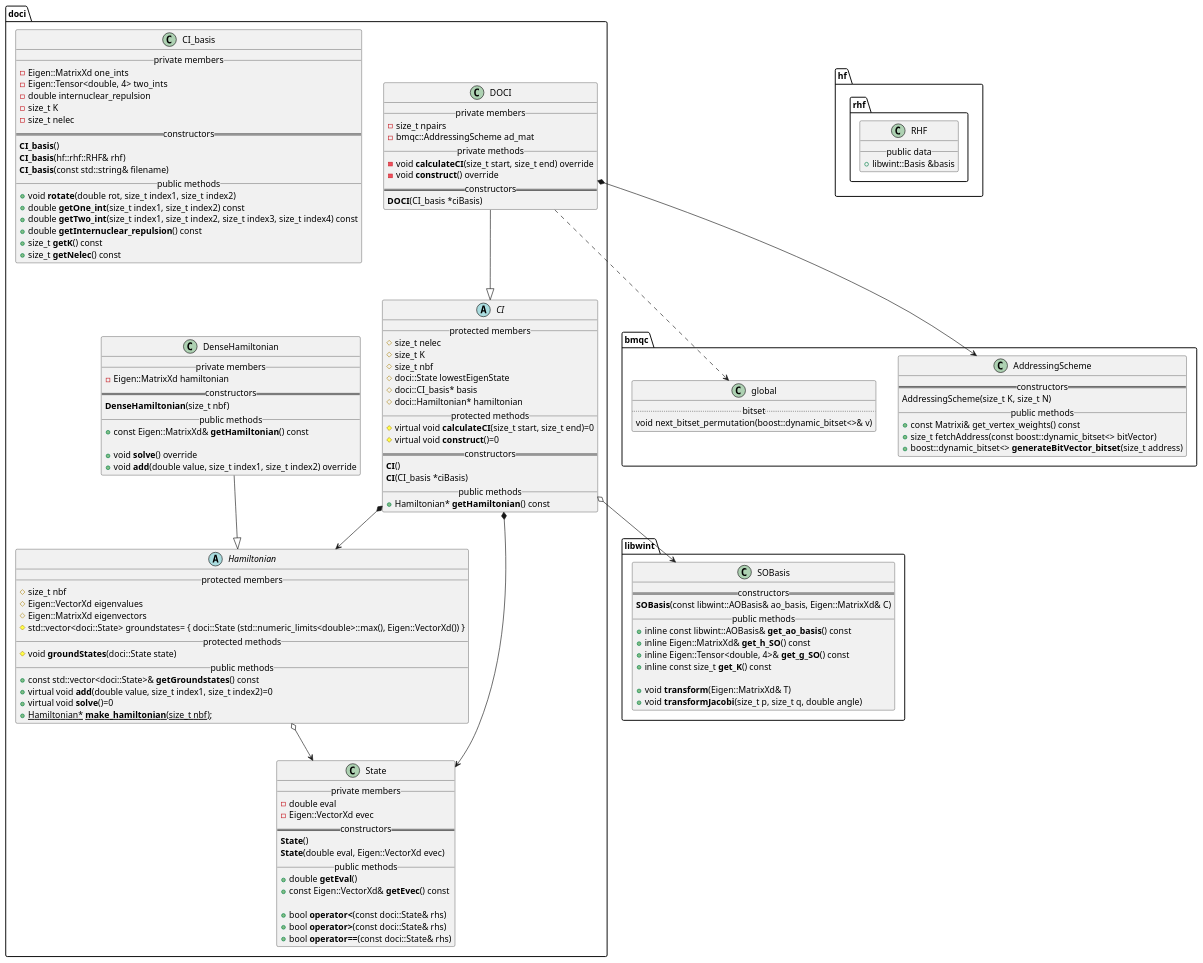
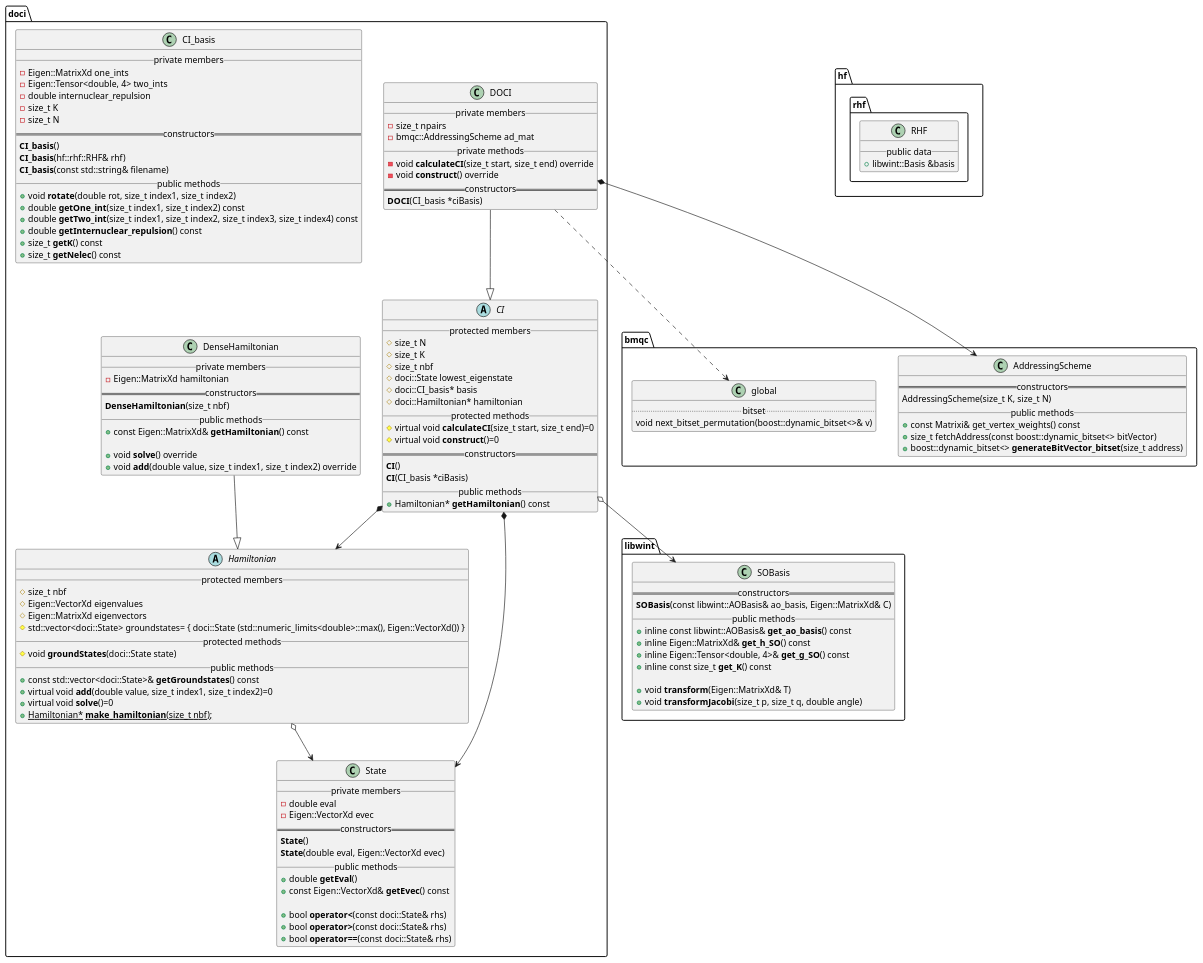
One commit to tmhuysen/ci changed the diagram in docs/ci.puml. Above: the diagram before and after it, drawn with PlantUML. The commit also changed 4 other files, not shown here.

```diff
--- a/docs/ci.puml
+++ b/docs/ci.puml
@@ -1,159 +1,159 @@
 @startuml
 
 namespace doci {
     abstract class CI {
         __ protected members __
-            # size_t nelec
+            # size_t N
             # size_t K
             # size_t nbf
-            # doci::State lowestEigenState
+            # doci::State lowest_eigenstate
             # doci::CI_basis* basis
             # doci::Hamiltonian* hamiltonian
         __ protected methods __
             # virtual void **calculateCI**(size_t start, size_t end)=0
 	        # virtual void **construct**()=0
         == constructors ==
 	        **CI**()
 	        **CI**(CI_basis *ciBasis)
 	    __ public methods __
 	        + Hamiltonian* **getHamiltonian**() const
     }
 
 
     class DOCI {
         __ private members __
             - size_t npairs
             - bmqc::AddressingScheme ad_mat
         __ private methods __
             - void **calculateCI**(size_t start, size_t end) override
             - void **construct**() override
         == constructors ==
             **DOCI**(CI_basis *ciBasis)
     }
 
 
     class State {
         __ private members __
             - double eval
             - Eigen::VectorXd evec
         == constructors ==
             **State**()
             **State**(double eval, Eigen::VectorXd evec)
         __ public methods __
             + double **getEval**()
             + const Eigen::VectorXd& **getEvec**() const
 
             + bool **operator<**(const doci::State& rhs)
             + bool **operator>**(const doci::State& rhs)
             + bool **operator==**(const doci::State& rhs)
     }
 
 
     class CI_basis {
         __ private members __
             - Eigen::MatrixXd one_ints
             - Eigen::Tensor<double, 4> two_ints
             - double internuclear_repulsion
             - size_t K
-            - size_t nelec
+            - size_t N
         == constructors ==
             **CI_basis**()
             **CI_basis**(hf::rhf::RHF& rhf)
             **CI_basis**(const std::string& filename)
         __ public methods __
             + void **rotate**(double rot, size_t index1, size_t index2)
             + double **getOne_int**(size_t index1, size_t index2) const
             + double **getTwo_int**(size_t index1, size_t index2, size_t index3, size_t index4) const
             + double **getInternuclear_repulsion**() const
             + size_t **getK**() const
             + size_t **getNelec**() const
     }
 
 
     abstract class Hamiltonian {
         __ protected members __
             # size_t nbf
             # Eigen::VectorXd eigenvalues
             # Eigen::MatrixXd eigenvectors
             # std::vector<doci::State> groundstates= { doci::State (std::numeric_limits<double>::max(), Eigen::VectorXd()) }
         __ protected methods __
             # void **groundStates**(doci::State state)
         __ public methods __
             + const std::vector<doci::State>& **getGroundstates**() const
             + virtual void **add**(double value, size_t index1, size_t index2)=0
             + virtual void **solve**()=0
             + {static} Hamiltonian* **make_hamiltonian**(size_t nbf);
     }
 
 
     class DenseHamiltonian {
         __ private members __
             - Eigen::MatrixXd hamiltonian
         == constructors ==
             **DenseHamiltonian**(size_t nbf)
         __ public methods __
             + const Eigen::MatrixXd& **getHamiltonian**() const
 
             + void **solve**() override
             + void **add**(double value, size_t index1, size_t index2) override
     }
 }
 
 
 namespace bmqc {
     class AddressingScheme {
         == constructors ==
             AddressingScheme(size_t K, size_t N)
         __ public methods __
             + const Matrixi& get_vertex_weights() const
             + size_t fetchAddress(const boost::dynamic_bitset<> bitVector)
             + boost::dynamic_bitset<> **generateBitVector_bitset**(size_t address)
     }
 
     class global {
         .. bitset ..
             void next_bitset_permutation(boost::dynamic_bitset<>& v)
     }
 
 
 }
 
 namespace libwint {
     class SOBasis {
         == constructors ==
             **SOBasis**(const libwint::AOBasis& ao_basis, Eigen::MatrixXd& C)
         __ public methods __
             + inline const libwint::AOBasis& **get_ao_basis**() const
             + inline Eigen::MatrixXd& **get_h_SO**() const
             + inline Eigen::Tensor<double, 4>& **get_g_SO**() const
             + inline const size_t **get_K**() const
 
             + void **transform**(Eigen::MatrixXd& T)
             + void **transformJacobi**(size_t p, size_t q, double angle)
     }
 }
 
 namespace hf {
     namespace rhf {
         class RHF {
             __ public data __
                 + libwint::Basis &basis
         }
     }
 }
 
 
 doci.Hamiltonian o--> doci.State
 
 doci.DenseHamiltonian --|> doci.Hamiltonian
 
 doci.CI *--> doci.State
 doci.CI o--> libwint.SOBasis
 doci.CI *--> doci.Hamiltonian
 
 doci.DOCI --|> doci.CI
 doci.DOCI *--> bmqc.AddressingScheme
 doci.DOCI ..> bmqc.global
 
 
 @enduml
```
